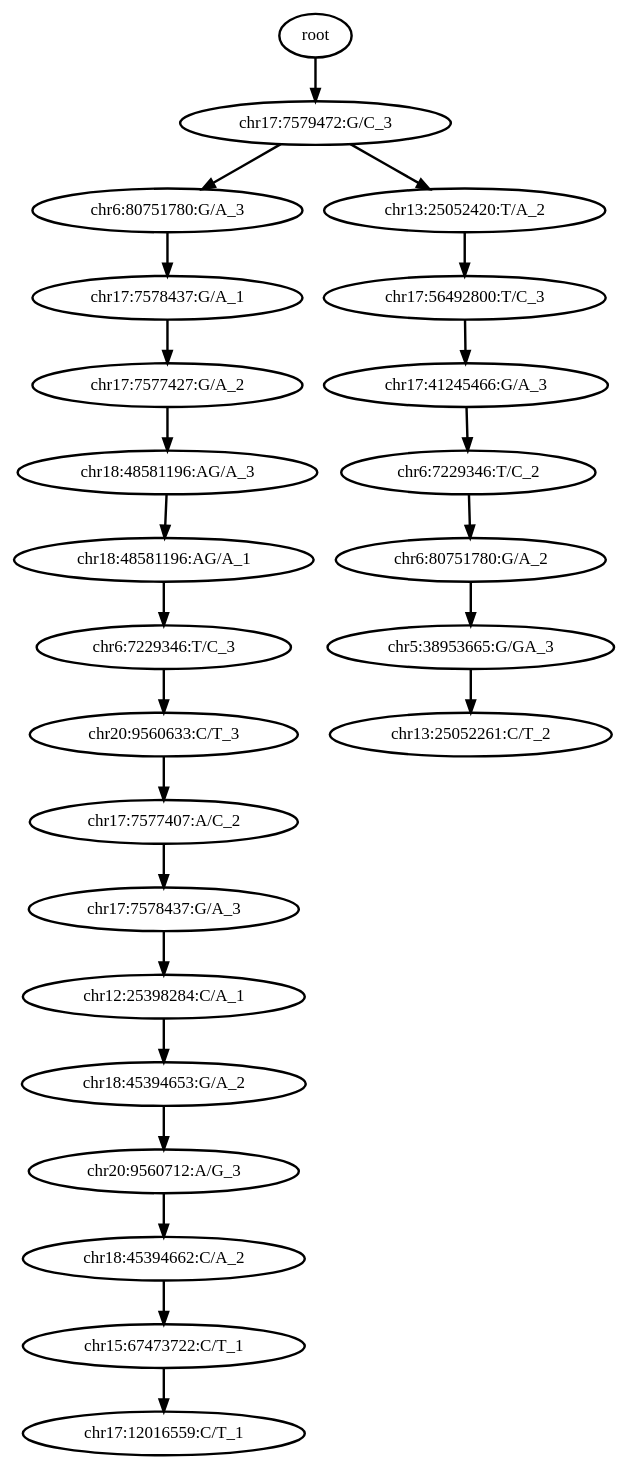
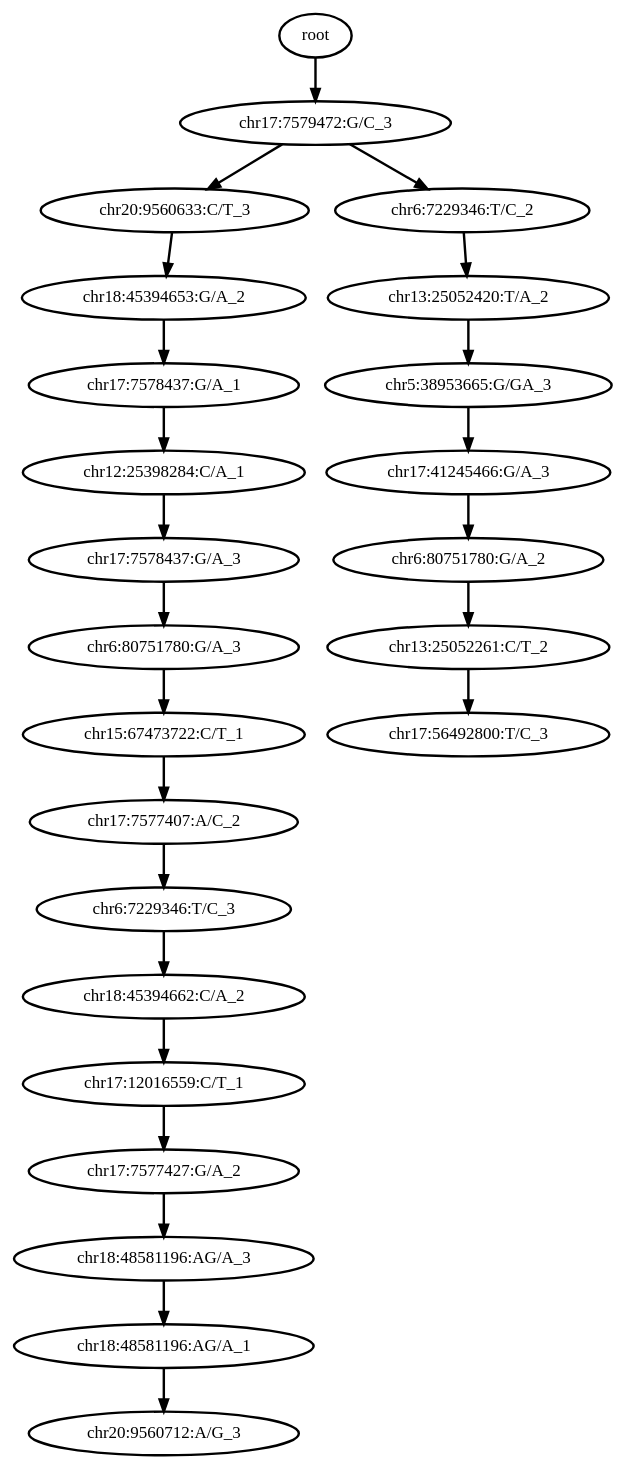
One commit to haochenz96/Tapestri_main_manuscript_analysis changed the diagram in 0_condor_pipeline/condor_outputs/M11/out_tree_without_cells.dot. Above: the diagram before and after it, drawn with Graphviz. The commit also changed 1647 other files, not shown here.

```diff
--- a/0_condor_pipeline/condor_outputs/M11/out_tree_without_cells.dot
+++ b/0_condor_pipeline/condor_outputs/M11/out_tree_without_cells.dot
@@ -1,51 +1,51 @@
 digraph N {
 	overlap="false"
 	rankdir="TB"
 	0 [label="root", style="bold"];
 	1 [label="chr17:7579472:G/C_3", style="bold"];
-	2 [label="chr6:80751780:G/A_3", style="bold"];
-	3 [label="chr17:7578437:G/A_1", style="bold"];
-	4 [label="chr17:7577427:G/A_2", style="bold"];
-	5 [label="chr18:48581196:AG/A_3", style="bold"];
-	6 [label="chr18:48581196:AG/A_1", style="bold"];
-	7 [label="chr6:7229346:T/C_3", style="bold"];
-	8 [label="chr20:9560633:C/T_3", style="bold"];
+	2 [label="chr20:9560633:C/T_3", style="bold"];
+	3 [label="chr18:45394653:G/A_2", style="bold"];
+	4 [label="chr17:7578437:G/A_1", style="bold"];
+	5 [label="chr12:25398284:C/A_1", style="bold"];
+	6 [label="chr17:7578437:G/A_3", style="bold"];
+	7 [label="chr6:80751780:G/A_3", style="bold"];
+	8 [label="chr15:67473722:C/T_1", style="bold"];
 	9 [label="chr17:7577407:A/C_2", style="bold"];
-	10 [label="chr17:7578437:G/A_3", style="bold"];
-	11 [label="chr12:25398284:C/A_1", style="bold"];
-	12 [label="chr18:45394653:G/A_2", style="bold"];
-	13 [label="chr20:9560712:A/G_3", style="bold"];
-	14 [label="chr18:45394662:C/A_2", style="bold"];
-	15 [label="chr15:67473722:C/T_1", style="bold"];
-	16 [label="chr17:12016559:C/T_1", style="bold"];
-	17 [label="chr13:25052420:T/A_2", style="bold"];
-	18 [label="chr17:56492800:T/C_3", style="bold"];
-	19 [label="chr17:41245466:G/A_3", style="bold"];
-	20 [label="chr6:7229346:T/C_2", style="bold"];
+	10 [label="chr6:7229346:T/C_3", style="bold"];
+	11 [label="chr18:45394662:C/A_2", style="bold"];
+	12 [label="chr17:12016559:C/T_1", style="bold"];
+	13 [label="chr17:7577427:G/A_2", style="bold"];
+	14 [label="chr18:48581196:AG/A_3", style="bold"];
+	15 [label="chr18:48581196:AG/A_1", style="bold"];
+	16 [label="chr20:9560712:A/G_3", style="bold"];
+	17 [label="chr6:7229346:T/C_2", style="bold"];
+	18 [label="chr13:25052420:T/A_2", style="bold"];
+	19 [label="chr5:38953665:G/GA_3", style="bold"];
+	20 [label="chr17:41245466:G/A_3", style="bold"];
 	21 [label="chr6:80751780:G/A_2", style="bold"];
-	22 [label="chr5:38953665:G/GA_3", style="bold"];
-	23 [label="chr13:25052261:C/T_2", style="bold"];
+	22 [label="chr13:25052261:C/T_2", style="bold"];
+	23 [label="chr17:56492800:T/C_3", style="bold"];
 	0 -> 1 [style="bold"];
 	1 -> 2 [style="bold"];
 	1 -> 17 [style="bold"];
 	2 -> 3 [style="bold"];
 	3 -> 4 [style="bold"];
 	4 -> 5 [style="bold"];
 	5 -> 6 [style="bold"];
 	6 -> 7 [style="bold"];
 	7 -> 8 [style="bold"];
 	8 -> 9 [style="bold"];
 	9 -> 10 [style="bold"];
 	10 -> 11 [style="bold"];
 	11 -> 12 [style="bold"];
 	12 -> 13 [style="bold"];
 	13 -> 14 [style="bold"];
 	14 -> 15 [style="bold"];
 	15 -> 16 [style="bold"];
 	17 -> 18 [style="bold"];
 	18 -> 19 [style="bold"];
 	19 -> 20 [style="bold"];
 	20 -> 21 [style="bold"];
 	21 -> 22 [style="bold"];
 	22 -> 23 [style="bold"];
 }
```
